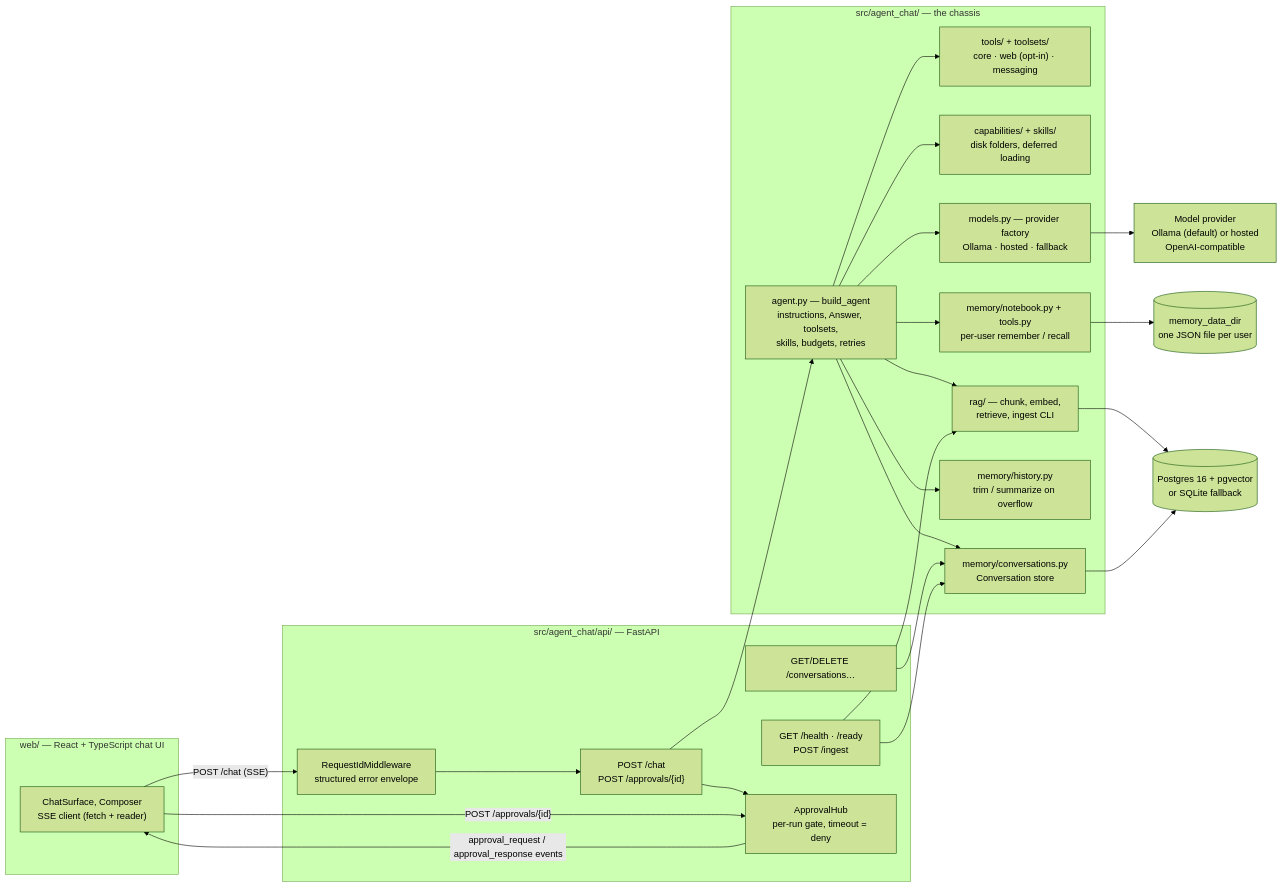
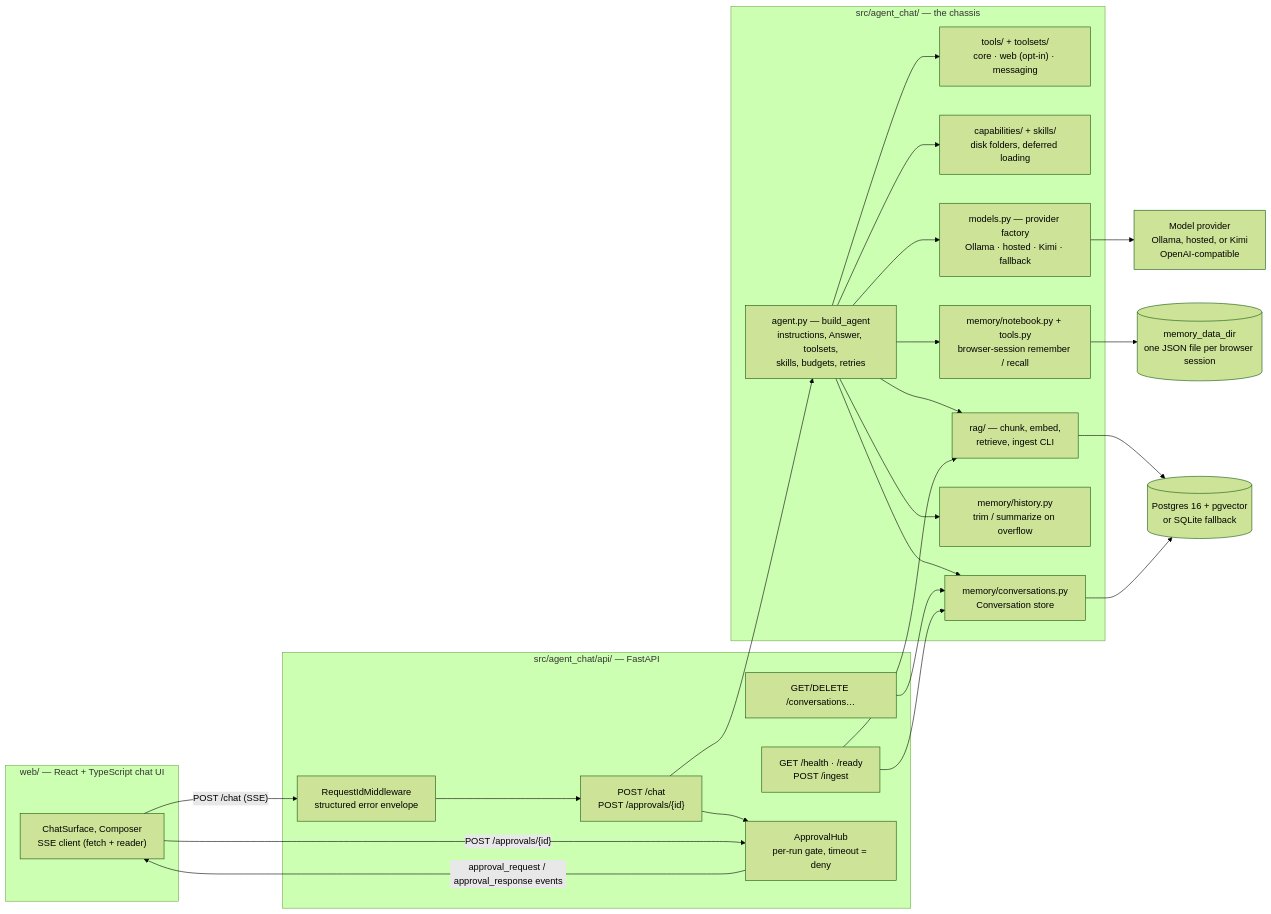
Before and after one commit to amm-ds/portfolio: the diagram in apps/agent-chat/specs/architecture.md, drawn with Mermaid (forest theme). The commit also changed other lines of this file and 63 other files, not shown here.

````diff
--- a/apps/agent-chat/specs/architecture.md
+++ b/apps/agent-chat/specs/architecture.md
@@ -14,47 +14,47 @@
 ```mermaid
 flowchart LR
   subgraph client["web/ — React + TypeScript chat UI"]
     UI["ChatSurface, Composer<br/>SSE client (fetch + reader)"]
   end
 
   subgraph api["src/agent_chat/api/ — FastAPI"]
     CHAT["POST /chat<br/>POST /approvals/{id}"]
     CONV["GET/DELETE /conversations…"]
     ADMIN["GET /health · /ready<br/>POST /ingest"]
     HUB["ApprovalHub<br/>per-run gate, timeout = deny"]
     MID["RequestIdMiddleware<br/>structured error envelope"]
   end
 
   subgraph core["src/agent_chat/ — the chassis"]
     AGENT["agent.py — build_agent<br/>instructions, Answer, toolsets,<br/>skills, budgets, retries"]
     TS["tools/ + toolsets/<br/>core · web (opt-in) · messaging"]
     CAP["capabilities/ + skills/<br/>disk folders, deferred loading"]
     RAG["rag/ — chunk, embed,<br/>retrieve, ingest CLI"]
     MEM["memory/conversations.py<br/>Conversation store"]
-    NOTE["memory/notebook.py + tools.py<br/>per-user remember / recall"]
+    NOTE["memory/notebook.py + tools.py<br/>browser-session remember / recall"]
     HIST["memory/history.py<br/>trim / summarize on overflow"]
-    MODELS["models.py — provider factory<br/>Ollama · hosted · fallback"]
+    MODELS["models.py — provider factory<br/>Ollama · hosted · Kimi · fallback"]
   end
 
-  LLM["Model provider<br/>Ollama (default) or hosted<br/>OpenAI-compatible"]
+  LLM["Model provider<br/>Ollama, hosted, or Kimi<br/>OpenAI-compatible"]
   DB[("Postgres 16 + pgvector<br/>or SQLite fallback")]
-  FILES[("memory_data_dir<br/>one JSON file per user")]
+  FILES[("memory_data_dir<br/>one JSON file per browser session")]
 
   UI -- "POST /chat (SSE)" --> MID --> CHAT
   CHAT --> AGENT
   CHAT --> HUB
   HUB -- "approval_request / approval_response events" --> UI
   UI -- "POST /approvals/{id}" --> HUB
   AGENT --> TS
   AGENT --> CAP
   AGENT --> RAG
   AGENT --> MEM
   AGENT --> NOTE --> FILES
   AGENT --> HIST
   AGENT --> MODELS --> LLM
   RAG --> DB
   MEM --> DB
   CONV --> MEM
   ADMIN --> RAG
   ADMIN --> MEM
 ```
````
